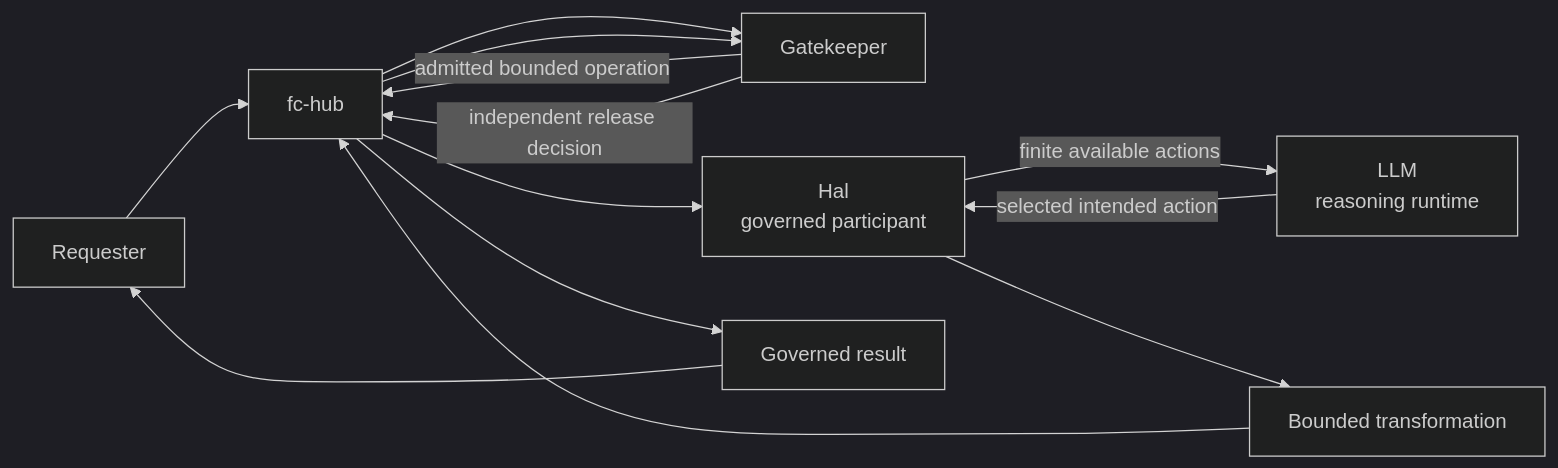
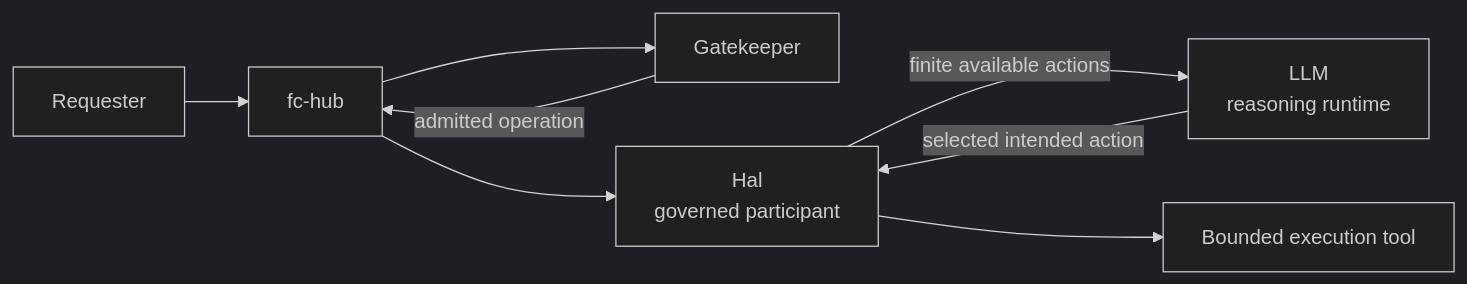
One commit to onzelf/openhealth-cdi changed diagram 14 of 16 in doc/ARCHITECTURE.md. Above: the diagram before and after it, drawn with Mermaid (dark theme). The commit also changed other lines of this file and 1 other file, not shown here.

````diff
--- a/doc/ARCHITECTURE.md
+++ b/doc/ARCHITECTURE.md
@@ -1035,27 +430,17 @@
 ```mermaid
 flowchart LR
     Req["Requester"]
     Hub["fc-hub"]
     Gate["Gatekeeper"]
     Hal["Hal<br/>governed participant"]
     LLM["LLM<br/>reasoning runtime"]
-    Tool["Bounded transformation"]
-    Res["Governed result"]
+    Tool["Bounded execution tool"]
 
     Req --> Hub
     Hub --> Gate
-
-    Gate -->|"admitted bounded operation"| Hub
+    Gate -->|"admitted operation"| Hub
     Hub --> Hal
-
     Hal -->|"finite available actions"| LLM
     LLM -->|"selected intended action"| Hal
-
     Hal --> Tool
-    Tool --> Hub
-
-    Hub --> Gate
-    Gate -->|"independent release decision"| Hub
-    Hub --> Res
-    Res --> Req
 ```
````
